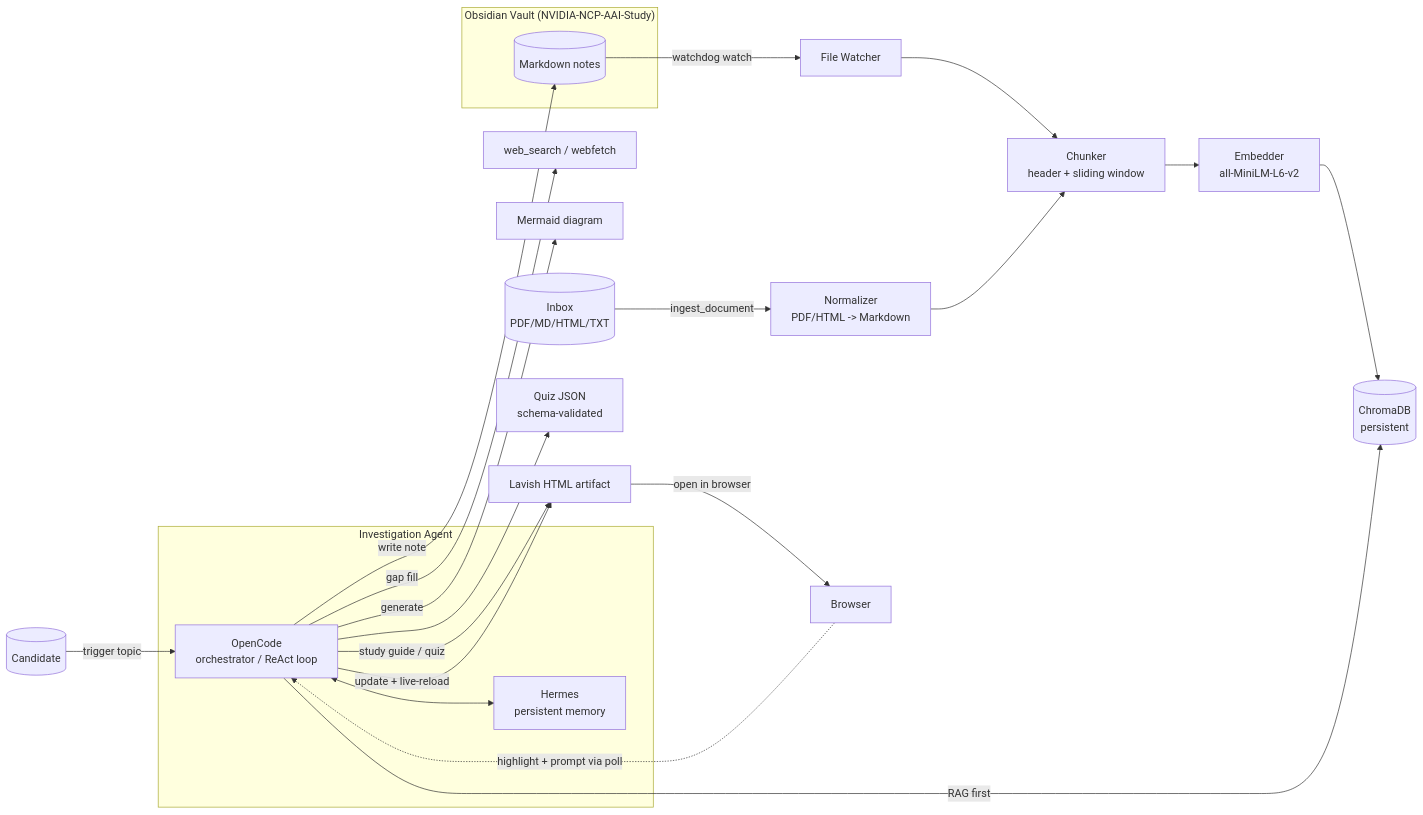
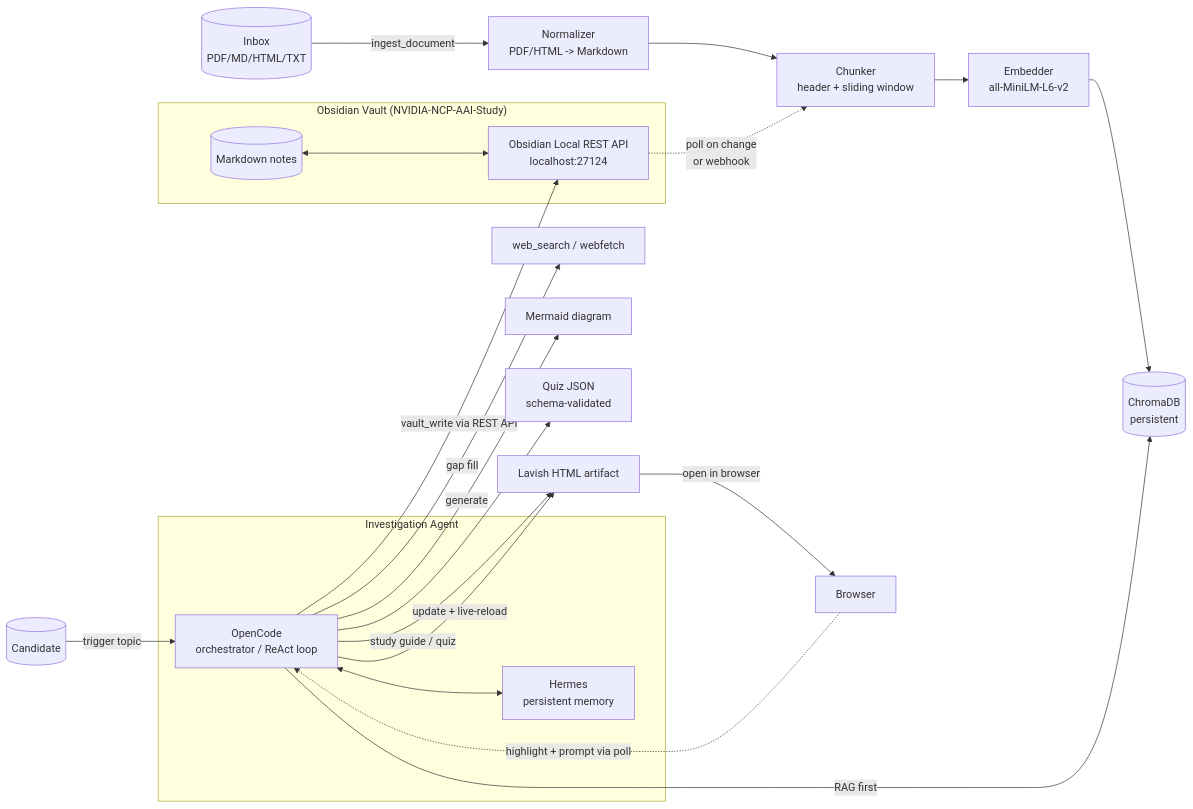
The diagram in PRD.md (juanelojga/ncp-aai), drawn with Mermaid before and after one commit. The commit also changed other lines of this file, not shown here.

````diff
--- a/PRD.md
+++ b/PRD.md
@@ -134,28 +134,29 @@
 ```mermaid
 flowchart LR
     subgraph Capture["Obsidian Vault (NVIDIA-NCP-AAI-Study)"]
         MD[("Markdown notes")]
+        OAPI[Obsidian Local REST API<br/>localhost:27124]
+        MD <--> OAPI
     end
-    MD -->|watchdog watch| WT[File Watcher]
     INBOX[("Inbox<br/>PDF/MD/HTML/TXT")] -->|ingest_document| PARSE[Normalizer<br/>PDF/HTML -> Markdown]
-    WT --> CHUNK[Chunker<br/>header + sliding window]
-    PARSE --> CHUNK
+    PARSE --> CHUNK[Chunker<br/>header + sliding window]
     CHUNK --> EMB[Embedder<br/>all-MiniLM-L6-v2]
     EMB --> VDB[("ChromaDB<br/>persistent")]
+    OAPI -.->|poll on change<br/>or webhook| CHUNK
 
     CAND[("Candidate")] -->|trigger topic| OC
     subgraph Agent["Investigation Agent"]
         OC[OpenCode<br/>orchestrator / ReAct loop]
         HM[Hermes<br/>persistent memory]
         OC <--> HM
     end
     OC -->|RAG first| VDB
     OC -->|gap fill| WS[web_search / webfetch]
-    OC -->|write note| MD
+    OC -->|vault_write via REST API| OAPI
     OC -->|generate| MMD[Mermaid diagram]
     OC -->|study guide / quiz| LAV
     LAV[Lavish HTML artifact] -->|open in browser| BR[Browser]
     BR -.->|highlight + prompt via poll| OC
     OC -->|update + live-reload| LAV
     OC --> QZ[Quiz JSON<br/>schema-validated]
 ```
````
